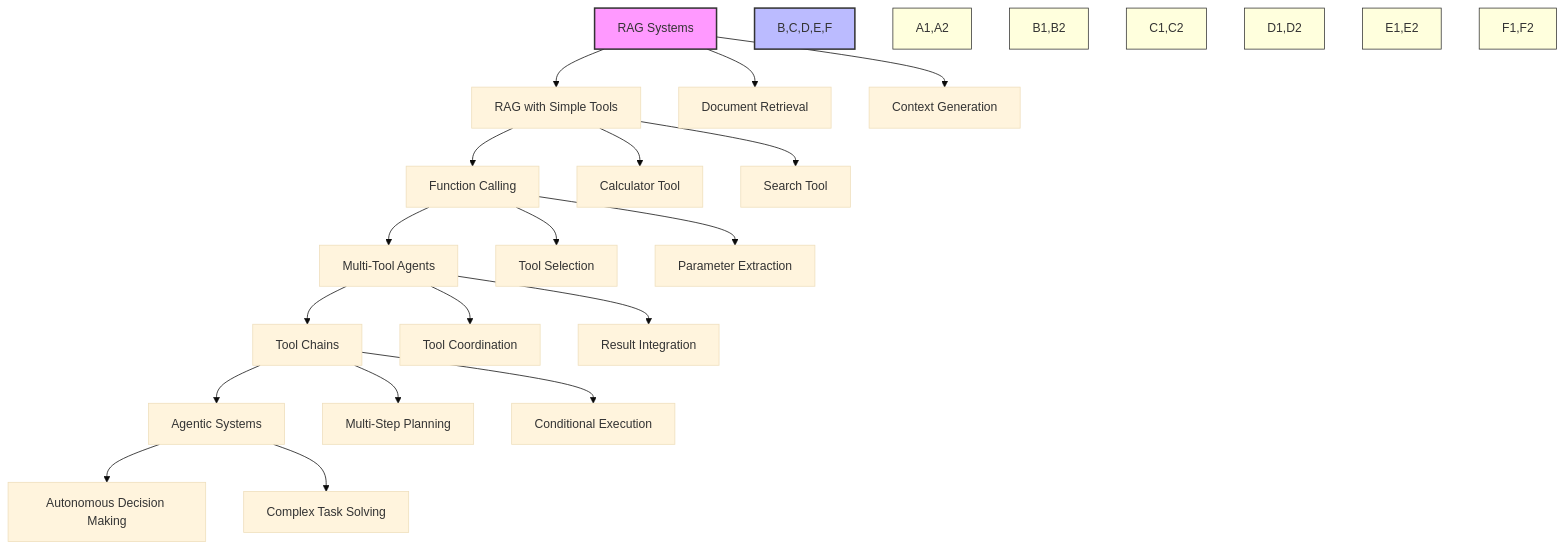
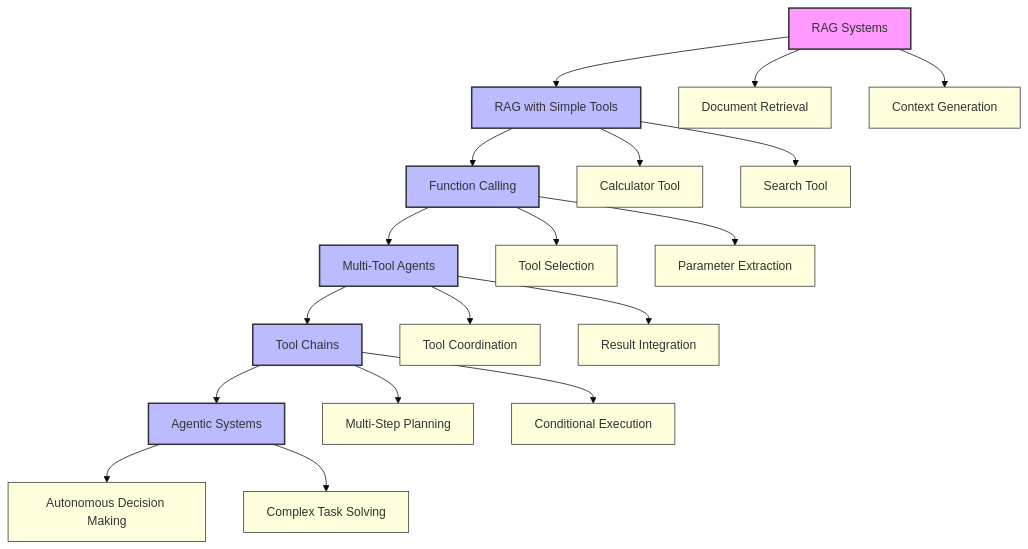
Before and after one commit to amlanacharya/Agent: the fifth of 5 diagrams in module6/diagrams/module6_progressive_journey.md, drawn with Mermaid (base theme). The commit also changed other lines of this file and 1 other file, not shown here.

````diff
--- a/module6/diagrams/module6_progressive_journey.md
+++ b/module6/diagrams/module6_progressive_journey.md
@@ -139,35 +144,34 @@
 ```mermaid
 flowchart TD
     A[RAG Systems] --> B[RAG with Simple Tools]
     B --> C[Function Calling]
     C --> D[Multi-Tool Agents]
     D --> E[Tool Chains]
     E --> F[Agentic Systems]
-    
+
     A --> A1[Document Retrieval]
     A --> A2[Context Generation]
-    
+
     B --> B1[Calculator Tool]
     B --> B2[Search Tool]
-    
+
     C --> C1[Tool Selection]
     C --> C2[Parameter Extraction]
-    
+
     D --> D1[Tool Coordination]
     D --> D2[Result Integration]
-    
+
     E --> E1[Multi-Step Planning]
     E --> E2[Conditional Execution]
-    
+
     F --> F1[Autonomous Decision Making]
     F --> F2[Complex Task Solving]
-    
-    style A fill:#f9f,stroke:#333,stroke-width:2px
-    style B,C,D,E,F fill:#bbf,stroke:#333,stroke-width:2px
-    style A1,A2 fill:#ffd,stroke:#333,stroke-width:1px
-    style B1,B2 fill:#ffd,stroke:#333,stroke-width:1px
-    style C1,C2 fill:#ffd,stroke:#333,stroke-width:1px
-    style D1,D2 fill:#ffd,stroke:#333,stroke-width:1px
-    style E1,E2 fill:#ffd,stroke:#333,stroke-width:1px
-    style F1,F2 fill:#ffd,stroke:#333,stroke-width:1px
+
+    classDef ragNode fill:#f9f,stroke:#333,stroke-width:2px;
+    classDef systemNode fill:#bbf,stroke:#333,stroke-width:2px;
+    classDef featureNode fill:#ffd,stroke:#333,stroke-width:1px;
+
+    class A ragNode;
+    class B,C,D,E,F systemNode;
+    class A1,A2,B1,B2,C1,C2,D1,D2,E1,E2,F1,F2 featureNode;
 ```
````
